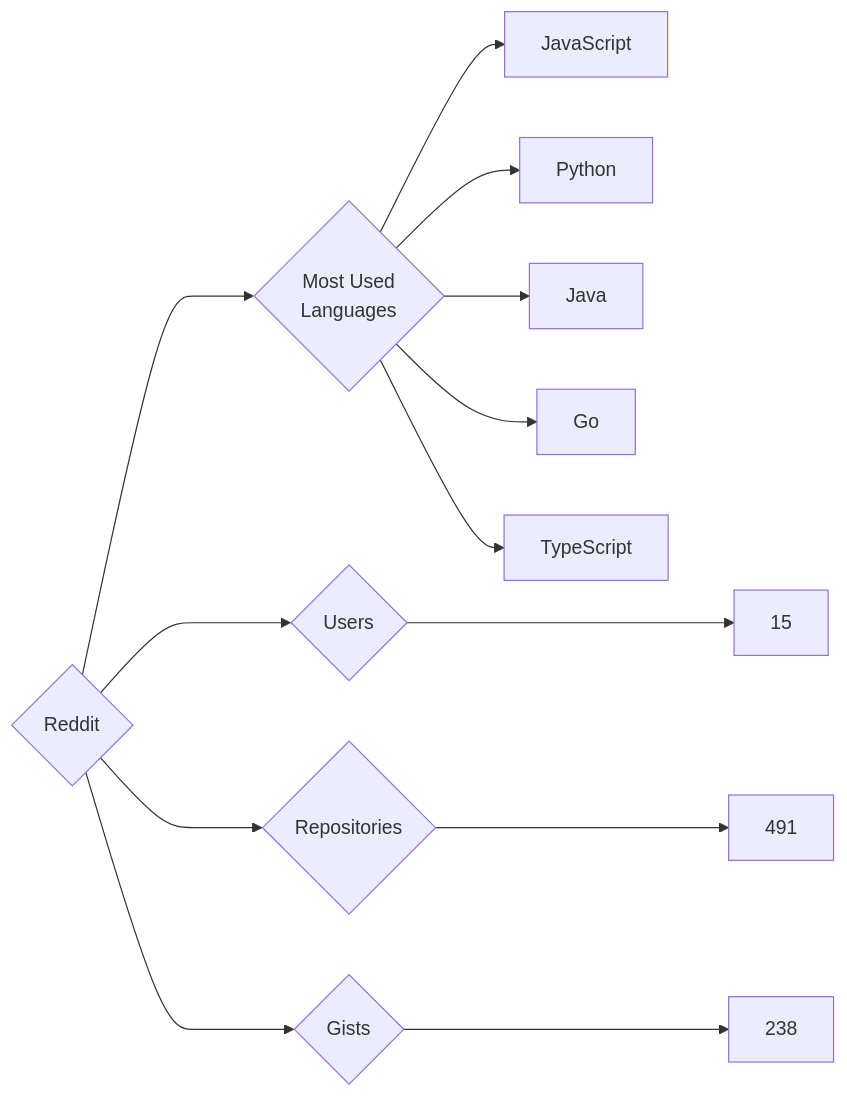
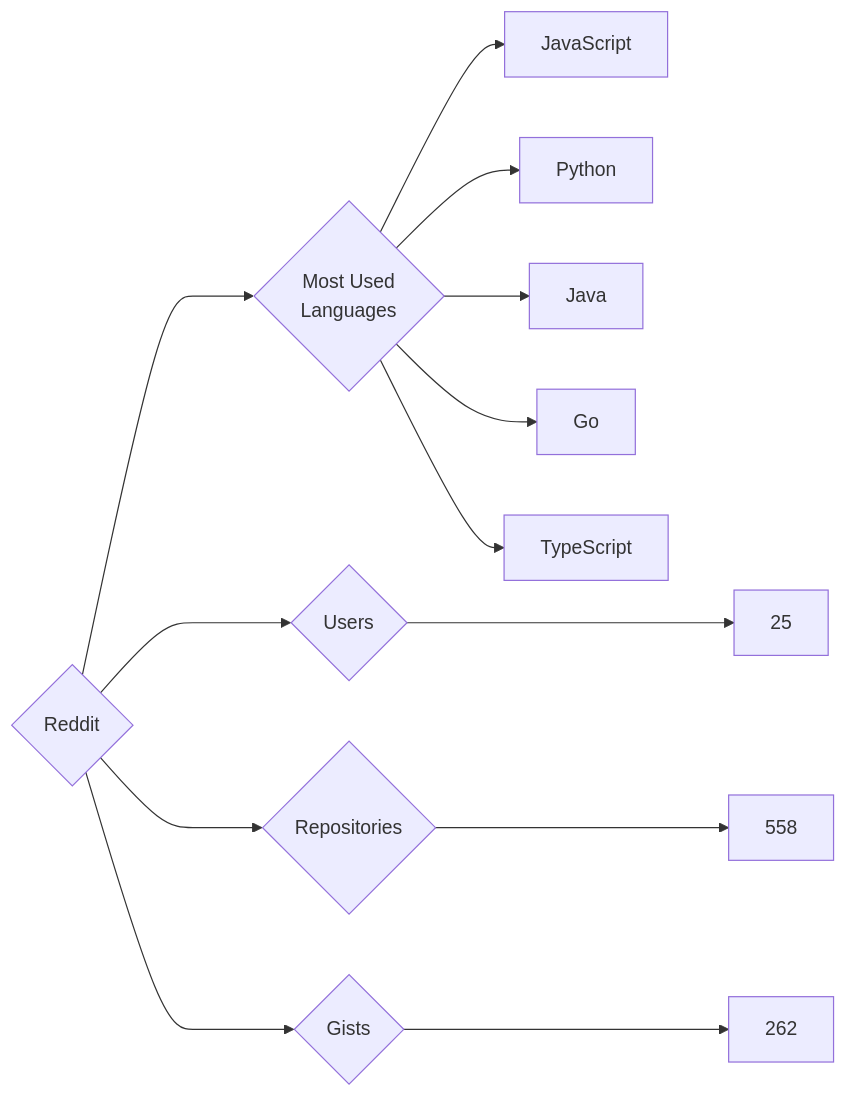
One commit to trickest/insiders changed the diagram in targets/Reddit/README.md. Above: the diagram before and after it, drawn with Mermaid. The commit also changed 903 other files, not shown here.

````diff
--- a/targets/Reddit/README.md
+++ b/targets/Reddit/README.md
@@ -3,13 +3,13 @@
 ```mermaid
 graph LR
 COMPANY_NAME{Reddit}
-COMPANY_NAME ---> U{Users} ---> UN[15]
-COMPANY_NAME ---> R{Repositories} ---> RN[491]
-COMPANY_NAME ---> G{Gists} ---> GN[238]
+COMPANY_NAME ---> U{Users} ---> UN[25]
+COMPANY_NAME ---> R{Repositories} ---> RN[558]
+COMPANY_NAME ---> G{Gists} ---> GN[262]
 COMPANY_NAME ---> ML{Most Used<br>Languages}
 ML --> JavaScript[JavaScript]
 ML --> Python[Python]
 ML --> Java[Java]
 ML --> Go[Go]
 ML --> TypeScript[TypeScript]
 ```
````
